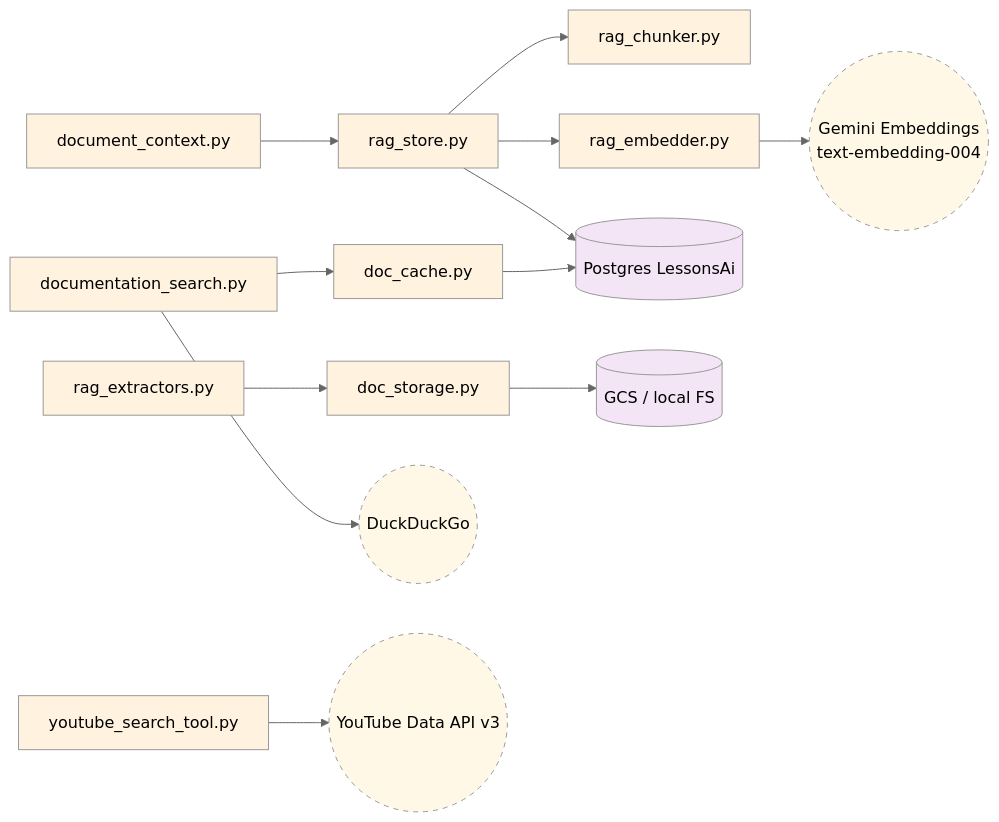
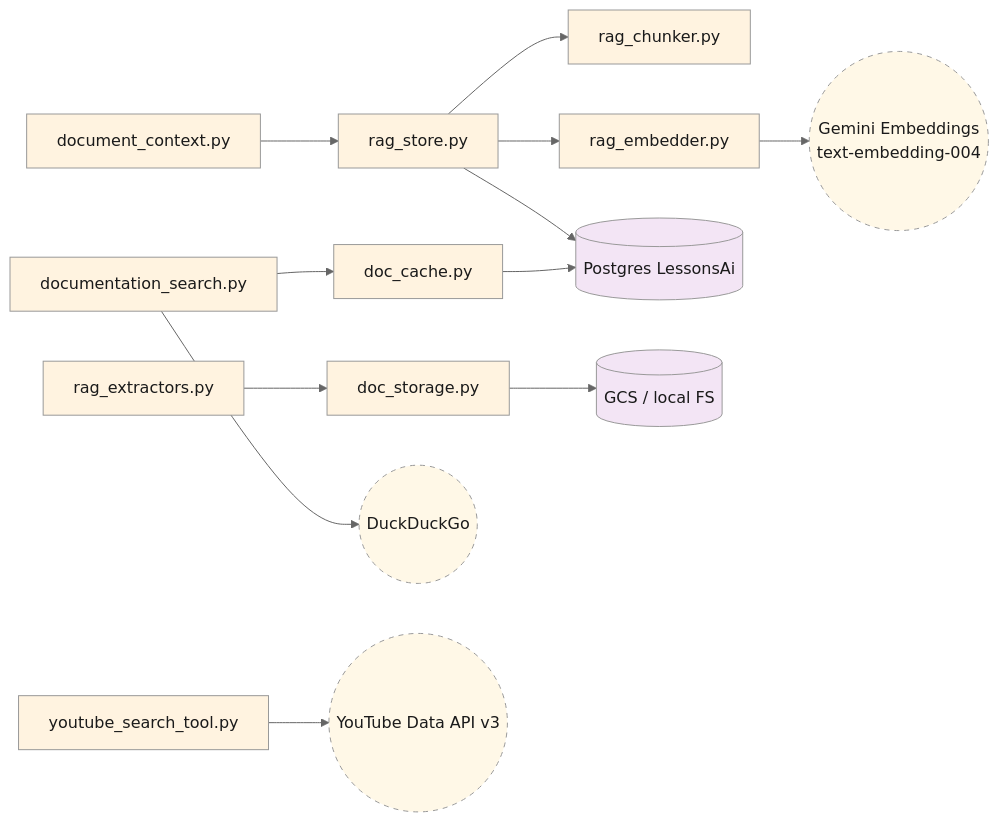
One commit to Dockdep/LessonHub changed the first of 4 diagrams in diagrams/ai/05-tools.md. Above: the diagram before and after it, drawn with Mermaid (neutral theme). The commit also changed other lines of this file and 26 other files, not shown here.

````diff
--- a/diagrams/ai/05-tools.md
+++ b/diagrams/ai/05-tools.md
@@ -7,34 +7,34 @@
 ```mermaid
 flowchart LR
-  classDef tool fill:#fff3e0
-  classDef ext stroke-dasharray: 5 5,fill:#fff8e7
-  classDef data fill:#f3e5f5
+  classDef tool fill:#fff3e0,color:#1a1a1a
+  classDef ext stroke-dasharray: 5 5,fill:#fff8e7,color:#1a1a1a
+  classDef data fill:#f3e5f5,color:#1a1a1a
 
   ds[documentation_search.py]:::tool
   rc[rag_chunker.py]:::tool
   re[rag_embedder.py]:::tool
   rs[rag_store.py]:::tool
   rx[rag_extractors.py]:::tool
   dc[doc_cache.py]:::tool
   dst[doc_storage.py]:::tool
   dctx[document_context.py]:::tool
   yt[youtube_search_tool.py]:::tool
 
   ddg((DuckDuckGo)):::ext
   gem((Gemini Embeddings<br/>text-embedding-004)):::ext
   yta((YouTube Data API v3)):::ext
   pg[(Postgres LessonsAi)]:::data
   fs[(GCS / local FS)]:::data
 
   ds --> ddg
   ds --> dc
   re --> gem
   rs --> pg
   rs --> rc
   rs --> re
   dc --> pg
   dst --> fs
   rx --> dst
   yt --> yta
   dctx --> rs
 ```
````
